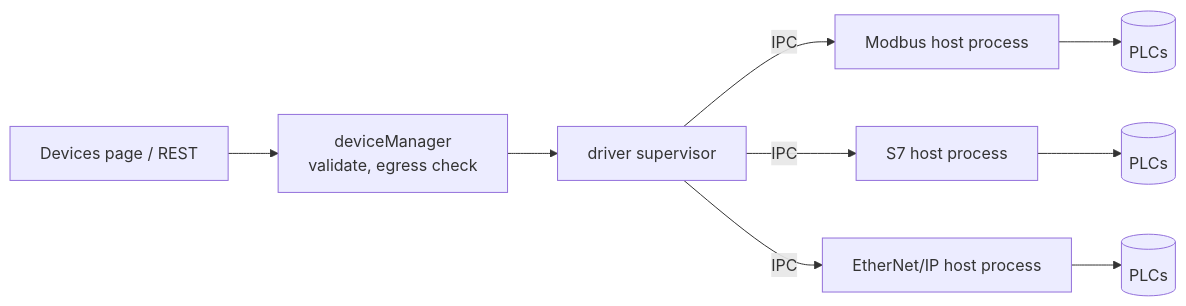
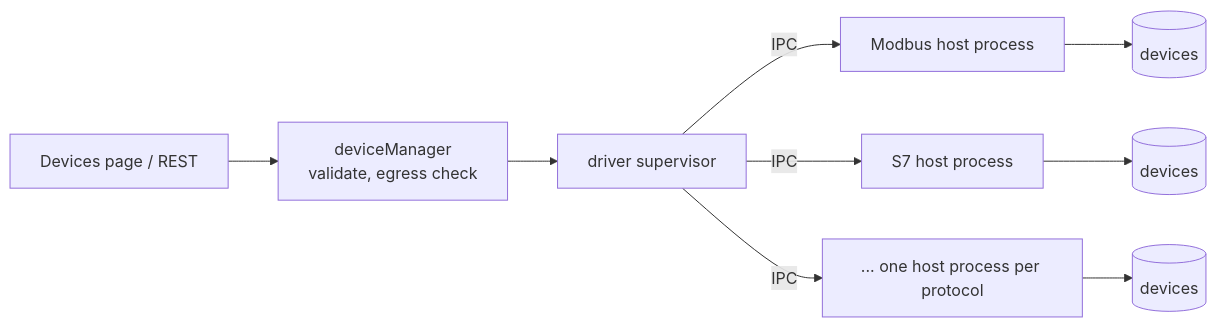
One commit to zbest1000/manifold changed the second of 2 diagrams in docs/wiki/Devices-and-Drivers.md. Above: the diagram before and after it, drawn with Mermaid. The commit also changed other lines of this file and 71 other files, not shown here.

````diff
--- a/docs/wiki/Devices-and-Drivers.md
+++ b/docs/wiki/Devices-and-Drivers.md
@@ -128,11 +129,11 @@
 ```mermaid
 flowchart LR
     UI[Devices page / REST] --> DM[deviceManager<br/>validate, egress check]
     DM --> SUP[driver supervisor]
     SUP -- IPC --> H1[Modbus host process]
     SUP -- IPC --> H2[S7 host process]
-    SUP -- IPC --> H3[EtherNet/IP host process]
-    H1 --> P1[(PLCs)]
-    H2 --> P2[(PLCs)]
-    H3 --> P3[(PLCs)]
+    SUP -- IPC --> H3[... one host process per protocol]
+    H1 --> P1[(devices)]
+    H2 --> P2[(devices)]
+    H3 --> P3[(devices)]
 ```
````
